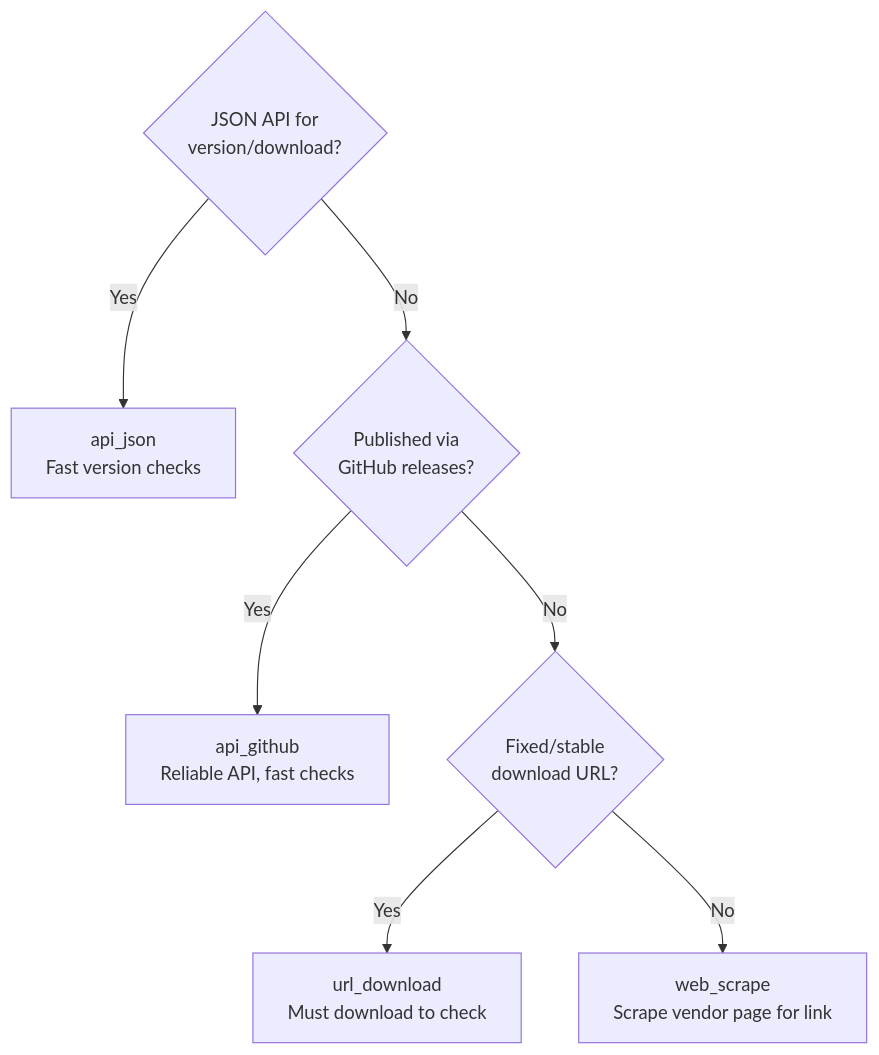
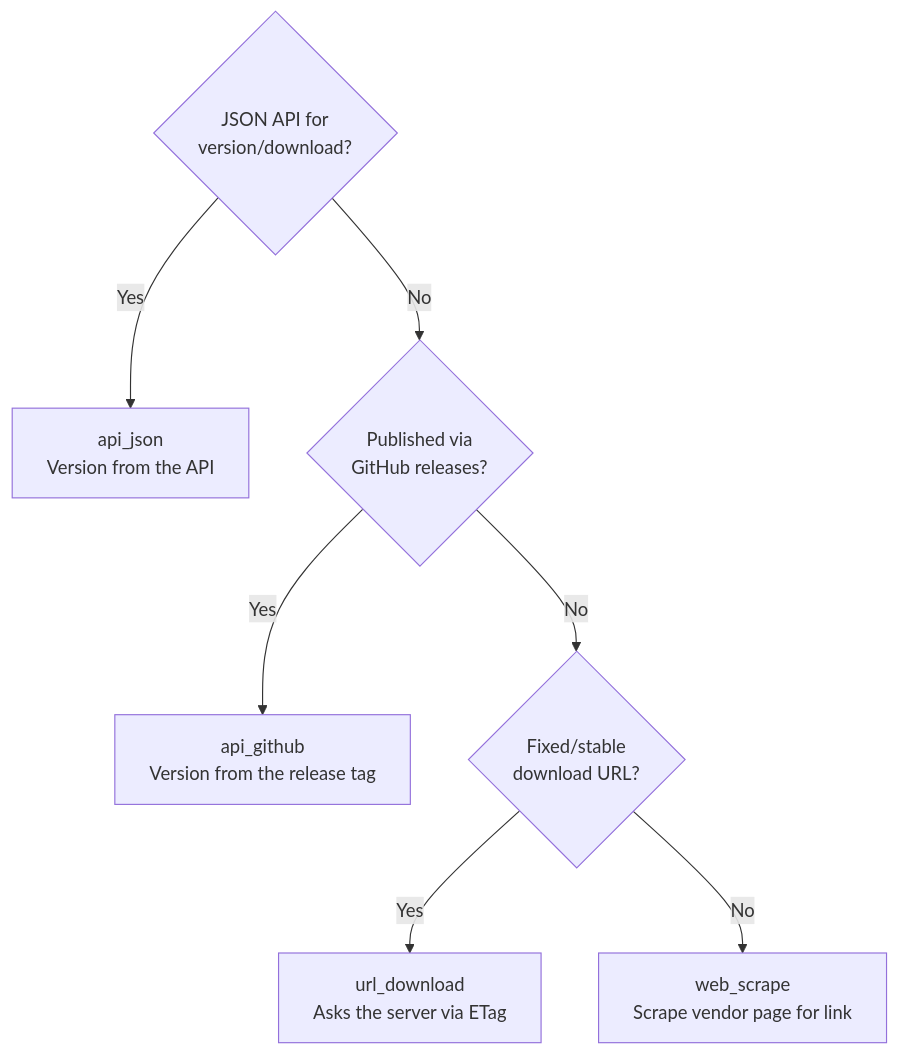
Before and after one commit to RogerCibrian/notapkgtool: the first of 2 diagrams in docs/user-guide.md, drawn with Mermaid. The commit also changed other lines of this file and 41 other files, not shown here.

````diff
--- a/docs/user-guide.md
+++ b/docs/user-guide.md
@@ -759,10 +863,10 @@
 ```mermaid
 flowchart TD
     Start{JSON API for<br/>version/download?}
-    Start -->|Yes| JSON[api_json<br/>Fast version checks]
+    Start -->|Yes| JSON[api_json<br/>Version from the API]
     Start -->|No| GitHub{Published via<br/>GitHub releases?}
-    GitHub -->|Yes| GHRelease[api_github<br/>Reliable API, fast checks]
+    GitHub -->|Yes| GHRelease[api_github<br/>Version from the release tag]
     GitHub -->|No| DirectURL{Fixed/stable<br/>download URL?}
-    DirectURL -->|Yes| Static[url_download<br/>Must download to check]
+    DirectURL -->|Yes| Static[url_download<br/>Asks the server via ETag]
     DirectURL -->|No| Scrape[web_scrape<br/>Scrape vendor page for link]
 ```
````
